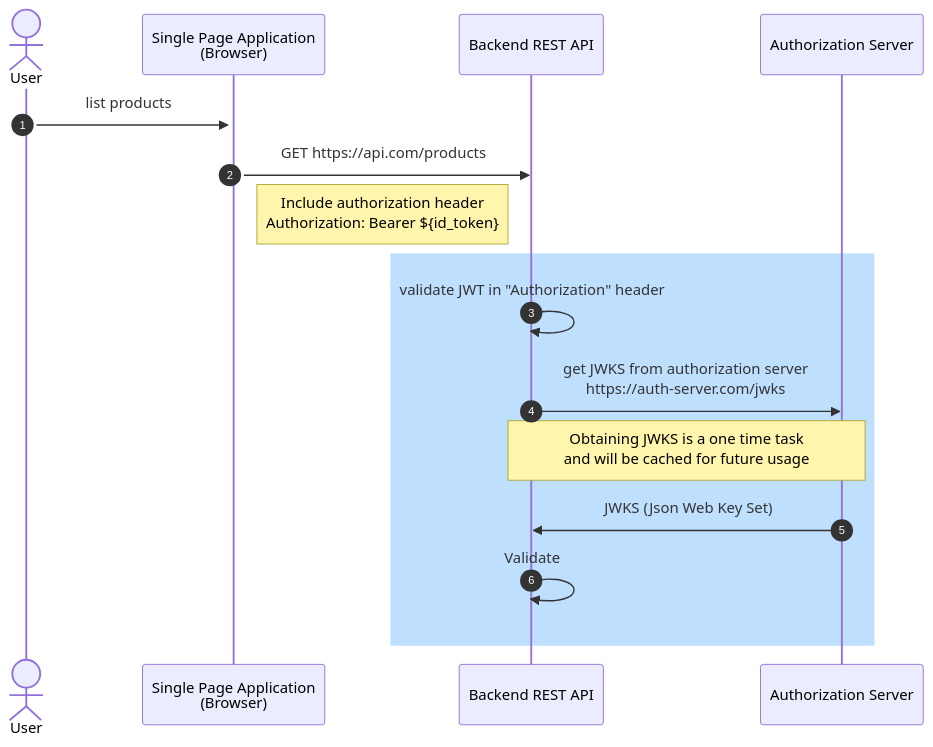
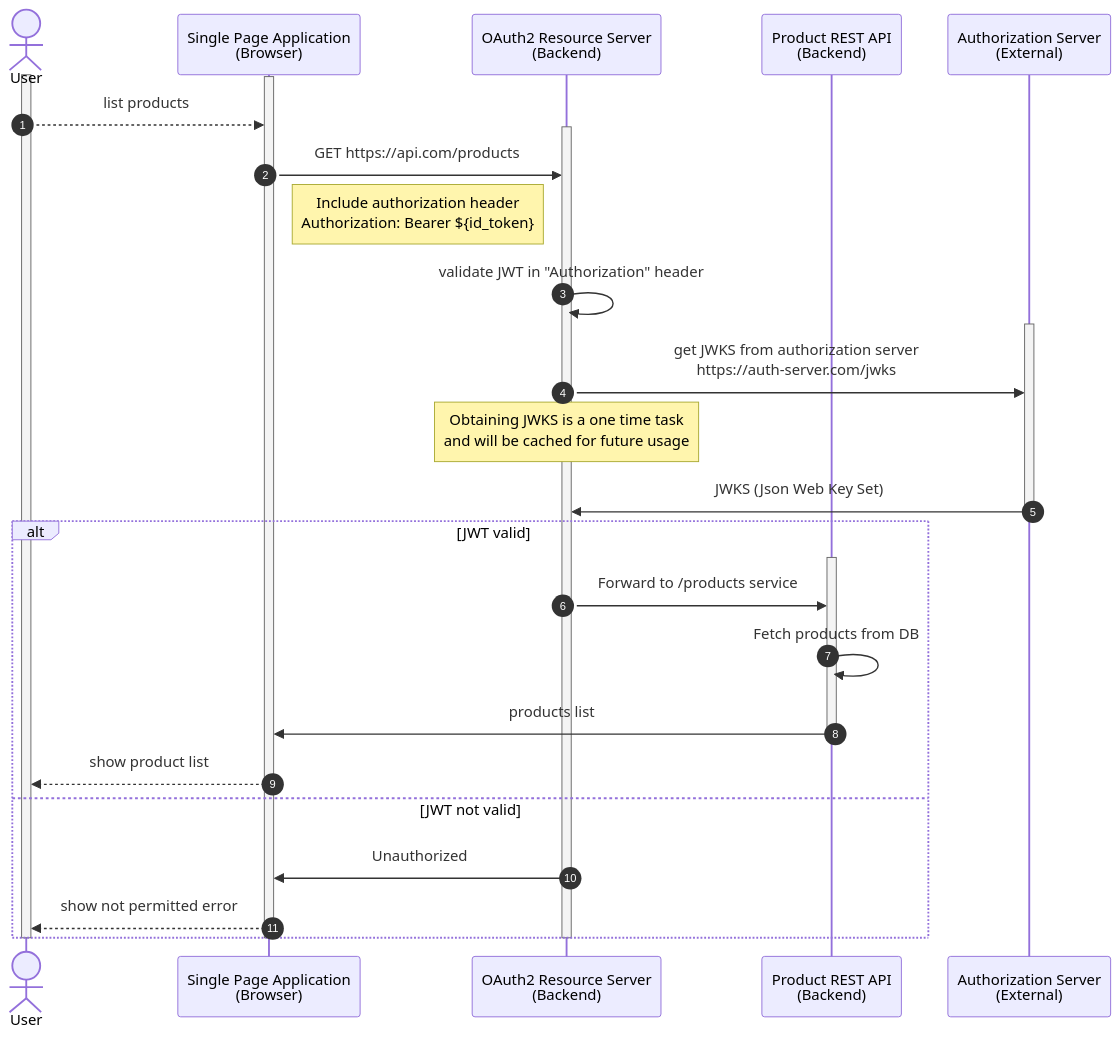
The second of 2 diagrams in README.md (IMS94/spring-boot-jwt-auth-server), drawn with Mermaid before and after one commit.

Commit message:
Update API call sequence diagram

````diff
--- a/README.md
+++ b/README.md
@@ -63,26 +63,48 @@
 ```mermaid
 sequenceDiagram
     autonumber
     
     actor User
     participant SPA as Single Page Application<br/>(Browser)
-    participant API as Backend REST API
-    participant Auth as Authorization Server
+    participant Filter as OAuth2 Resource Server<br>(Backend)
+    participant API as Product REST API<br>(Backend)
+    participant Auth as Authorization Server<br>(External)
     
     activate User
     activate SPA
     
-    User ->> SPA: list products
-    SPA ->> API: GET https://api.com/products
+    User -->> SPA: list products
+    
+    activate Filter
+    
+    SPA ->> Filter: GET https://api.com/products
     Note right of SPA: Include authorization header<br/>Authorization: Bearer ${id_token}
 
-    rect rgb(191, 223, 255)
-    API ->> API: validate JWT in "Authorization" header
-    API ->> Auth: get JWKS from authorization server<br/>https://auth-server.com/jwks
-    Note over API, Auth: Obtaining JWKS is a one time task<br/>and will be cached for future usage
-    Auth ->> API: JWKS (Json Web Key Set)
+    %%rect rgb(191, 223, 255)
+    Filter ->> Filter: validate JWT in "Authorization" header
     
-    API ->> API: Validate
+    activate Auth
+    Filter ->> Auth: get JWKS from authorization server<br/>https://auth-server.com/jwks
+    Note over Filter: Obtaining JWKS is a one time task<br/>and will be cached for future usage
+    Auth ->> Filter: JWKS (Json Web Key Set)
+    deactivate Auth
+    
+    alt JWT valid
+        activate API
+        Filter ->> API: Forward to /products service
+        API ->> API: Fetch products from DB
+        API ->> SPA: products list
+        deactivate API
+        SPA -->> User: show product list
+    else JWT not valid
+        Filter ->> SPA: Unauthorized
+        SPA -->> User: show not permitted error
     end
+    
+    deactivate Filter
+    
+    %%end
+    deactivate User
+    deactivate SPA
 
 ```
````
